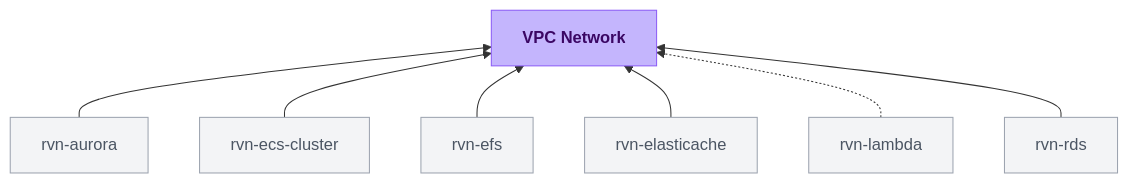
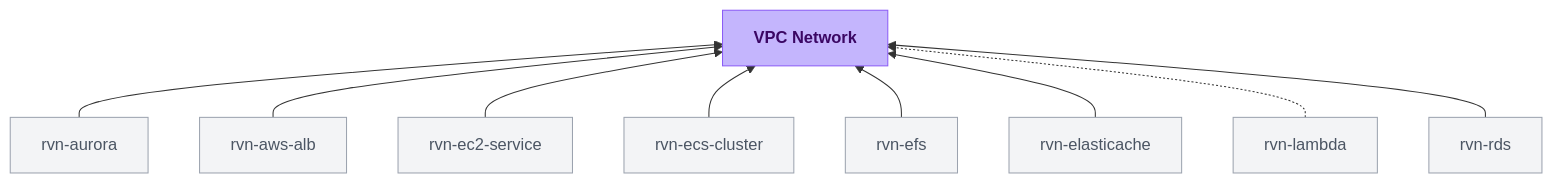
Before and after one commit to flightcontrolhq/docs: the diagram in module-definitions/catalog/rvn-aws-network.mdx, drawn with Mermaid. The commit also changed 12 other files, not shown here.

Commit message:
chore: sync module catalog docs

````diff
--- a/module-definitions/catalog/rvn-aws-network.mdx
+++ b/module-definitions/catalog/rvn-aws-network.mdx
@@ -13,24 +13,28 @@
 ```mermaid
 flowchart BT
   rvn_aurora["rvn-aurora"] --> rvn_aws_network["<strong>VPC Network</strong>"]
+  rvn_aws_alb["rvn-aws-alb"] --> rvn_aws_network
+  rvn_ec2_service["rvn-ec2-service"] --> rvn_aws_network
   rvn_ecs_cluster["rvn-ecs-cluster"] --> rvn_aws_network
   rvn_efs["rvn-efs"] --> rvn_aws_network
   rvn_elasticache["rvn-elasticache"] --> rvn_aws_network
   rvn_lambda["rvn-lambda"] -.-> rvn_aws_network
   rvn_rds["rvn-rds"] --> rvn_aws_network
 
   class rvn_aws_network current
-  class rvn_aurora,rvn_ecs_cluster,rvn_efs,rvn_elasticache,rvn_lambda,rvn_rds consumer
+  class rvn_aurora,rvn_aws_alb,rvn_ec2_service,rvn_ecs_cluster,rvn_efs,rvn_elasticache,rvn_lambda,rvn_rds consumer
 
   classDef current fill:#C4B5FD,stroke:#8B5CF6,color:#3B0764
   classDef dependency fill:#FAF8FF,stroke:#DDD6FE,color:#6D28D9
   classDef consumer fill:#F3F4F6,stroke:#9CA3AF,color:#4B5563
   classDef upstream fill:#F8FAFC,stroke:#CBD5E1,color:#94A3B8
 
   click rvn_aurora "/module-definitions/catalog/rvn-aurora" "Open rvn-aurora docs"
+  click rvn_aws_alb "/module-definitions/catalog/rvn-aws-alb" "Open rvn-aws-alb docs"
+  click rvn_ec2_service "/module-definitions/catalog/rvn-ec2-service" "Open rvn-ec2-service docs"
   click rvn_ecs_cluster "/module-definitions/catalog/rvn-ecs-cluster" "Open rvn-ecs-cluster docs"
   click rvn_efs "/module-definitions/catalog/rvn-efs" "Open rvn-efs docs"
   click rvn_elasticache "/module-definitions/catalog/rvn-elasticache" "Open rvn-elasticache docs"
   click rvn_lambda "/module-definitions/catalog/rvn-lambda" "Open rvn-lambda docs"
   click rvn_rds "/module-definitions/catalog/rvn-rds" "Open rvn-rds docs"
 ```
````
